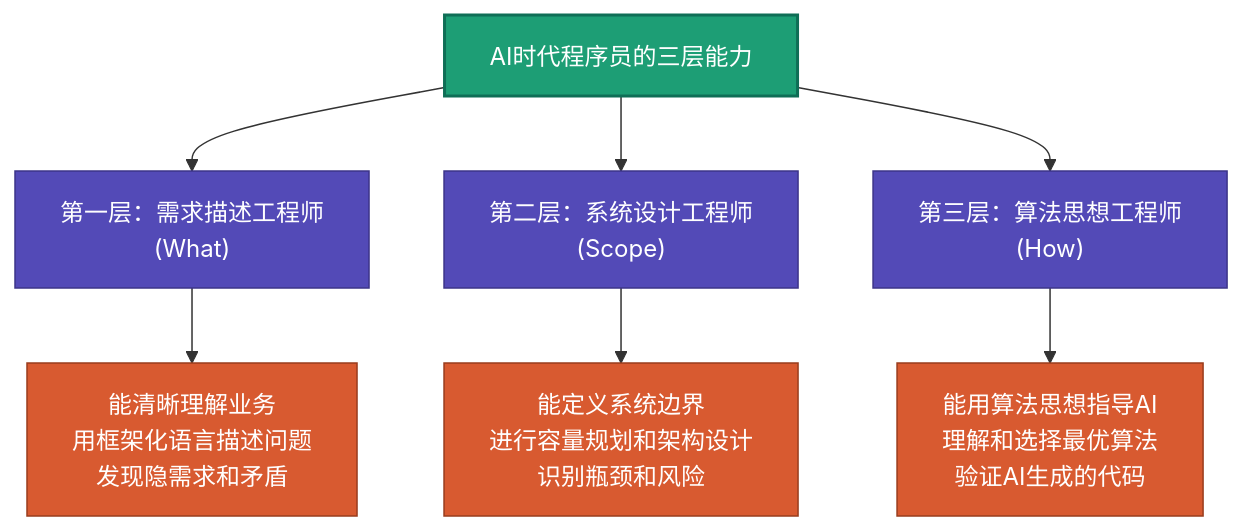
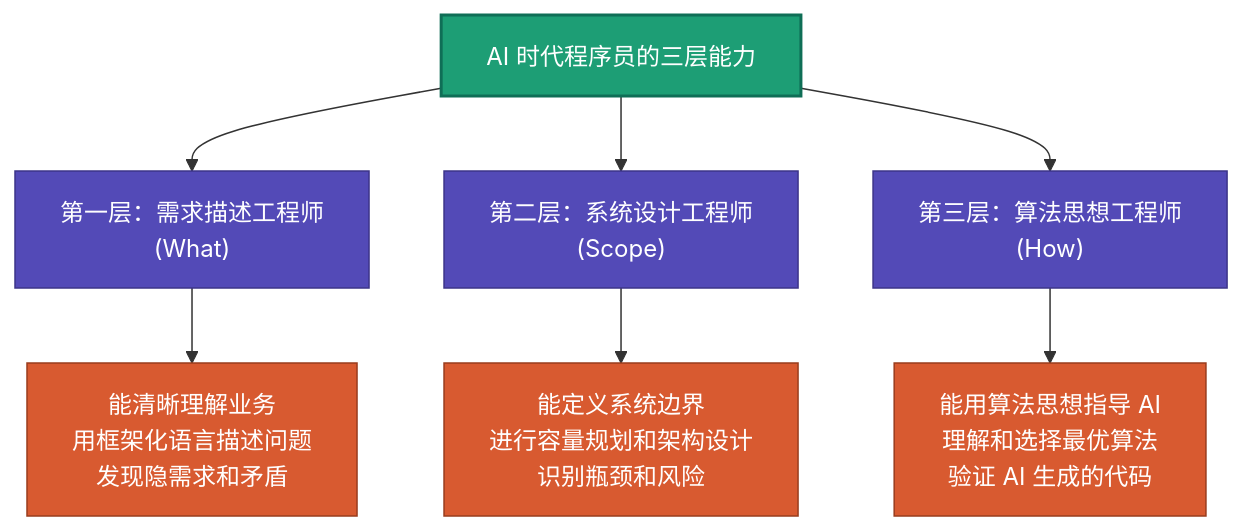
Before and after one commit to microwind/design-patterns: diagram 23 of 23 in docs/articles/system-architecture/AI-Era-System-Architecture-Design-Guide.md, drawn with Mermaid. The commit also changed other lines of this file, not shown here.

Commit message:
update Architecture-Design-Guide

````diff
--- a/docs/articles/system-architecture/AI-Era-System-Architecture-Design-Guide.md
+++ b/docs/articles/system-architecture/AI-Era-System-Architecture-Design-Guide.md
@@ -1744,20 +1259,20 @@
 ```mermaid
 graph TD
-    A["AI时代程序员的三层能力"] --> B["第一层：需求描述工程师<br/>(What)"]
+    A["AI 时代程序员的三层能力"] --> B["第一层：需求描述工程师<br/>(What)"]
     A --> C["第二层：系统设计工程师<br/>(Scope)"]
     A --> D["第三层：算法思想工程师<br/>(How)"]
 
     B --> B1["能清晰理解业务<br/>用框架化语言描述问题<br/>发现隐需求和矛盾"]
 
     C --> C1["能定义系统边界<br/>进行容量规划和架构设计<br/>识别瓶颈和风险"]
 
-    D --> D1["能用算法思想指导AI<br/>理解和选择最优算法<br/>验证AI生成的代码"]
+    D --> D1["能用算法思想指导 AI<br/>理解和选择最优算法<br/>验证 AI 生成的代码"]
 
     classDef root fill:#1D9E75,stroke:#0F6E56,color:#ffffff,stroke-width:2px
     classDef layer fill:#534AB7,stroke:#3C3489,color:#ffffff,stroke-width:1px
     classDef skill fill:#D85A30,stroke:#993C1D,color:#ffffff,stroke-width:1px
 
     class A root
     class B,C,D layer
     class B1,C1,D1 skill
 ```
````
